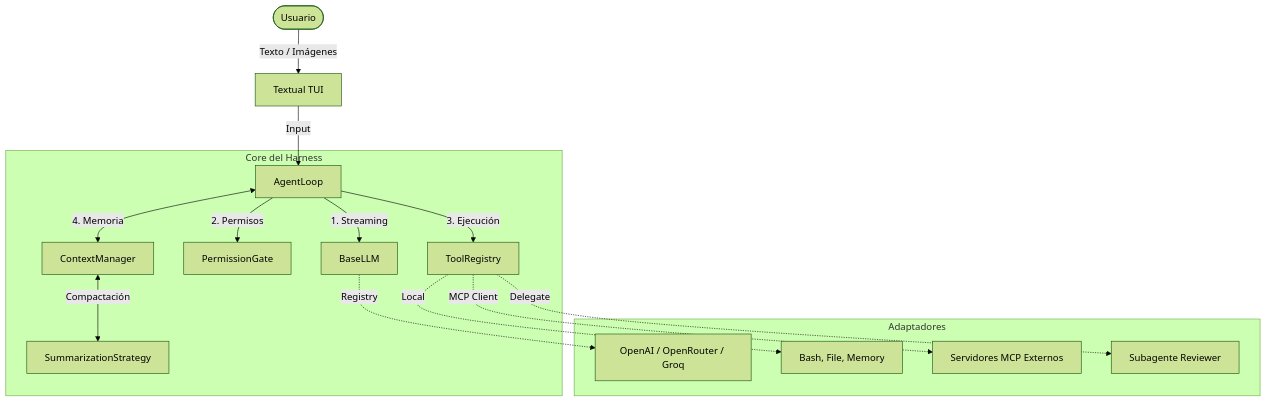
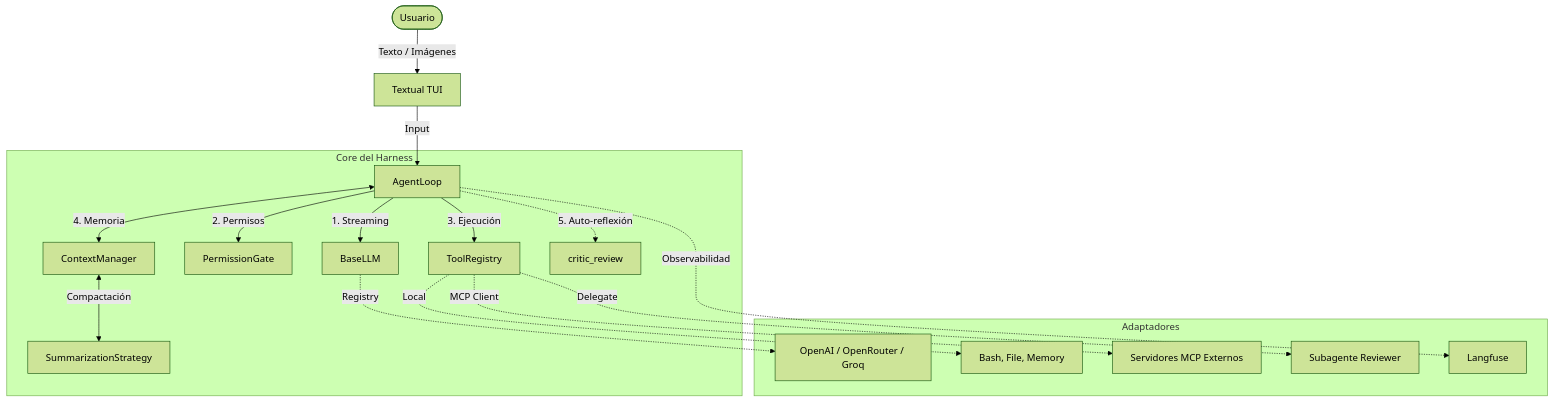
The diagram in README.md (enriquehernandez/agent-harness), drawn with Mermaid (forest theme) before and after one commit. The commit also changed other lines of this file and 2 other files, not shown here.

````diff
--- a/README.md
+++ b/README.md
@@ -81,20 +86,22 @@
 ```mermaid
 graph TD
     User([Usuario]) -->|Texto / Imágenes| TUI[Textual TUI]
     TUI -->|Input| Loop[AgentLoop]
     
     subgraph Core ["Core del Harness"]
         Loop -->|1. Streaming| LLM[BaseLLM]
         Loop -->|2. Permisos| Gate[PermissionGate]
         Loop -->|3. Ejecución| Tools[ToolRegistry]
         Loop <-->|4. Memoria| Context[ContextManager]
         Context <-->|Compactación| Compactor[SummarizationStrategy]
+        Loop -.->|5. Auto-reflexión| Critic[critic_review]
     end
     
     subgraph Adaptadores
         LLM -.->|Registry| Providers[OpenAI / OpenRouter / Groq]
         Tools -.->|Local| LocalTools[Bash, File, Memory]
         Tools -.->|MCP Client| MCP[Servidores MCP Externos]
         Tools -.->|Delegate| Subagent[Subagente Reviewer]
+        Loop -.->|Observabilidad| Langfuse[Langfuse]
     end
 ```
````
